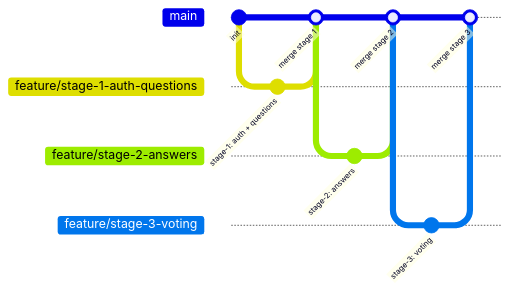
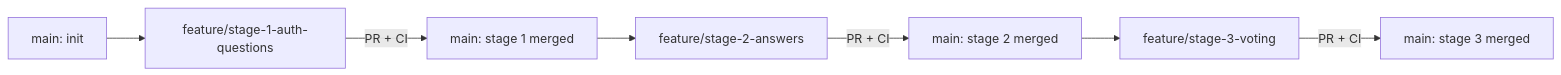
One commit to MorTab1000/IVOverflow changed the fourth of 4 diagrams in architecture.md. Above: the diagram before and after it, drawn with Mermaid. The commit also changed 2 other files, not shown here.

Commit message:
docs: update architecture diagram to reflect new Git flow and remove unused middleware and routes directories

````diff
--- a/architecture.md
+++ b/architecture.md
@@ -148,19 +148,9 @@
 ```mermaid
-gitGraph
-    commit id: "init"
-    branch feature/stage-1-auth-questions
-    checkout feature/stage-1-auth-questions
-    commit id: "stage-1: auth + questions"
-    checkout main
-    merge feature/stage-1-auth-questions id: "merge stage 1"
-    branch feature/stage-2-answers
-    checkout feature/stage-2-answers
-    commit id: "stage-2: answers"
-    checkout main
-    merge feature/stage-2-answers id: "merge stage 2"
-    branch feature/stage-3-voting
-    checkout feature/stage-3-voting
-    commit id: "stage-3: voting"
-    checkout main
-    merge feature/stage-3-voting id: "merge stage 3"
+flowchart LR
+    init["main: init"] --> s1["feature/stage-1-auth-questions"]
+    s1 -->|"PR + CI"| m1["main: stage 1 merged"]
+    m1 --> s2["feature/stage-2-answers"]
+    s2 -->|"PR + CI"| m2["main: stage 2 merged"]
+    m2 --> s3["feature/stage-3-voting"]
+    s3 -->|"PR + CI"| m3["main: stage 3 merged"]
 ```
````
